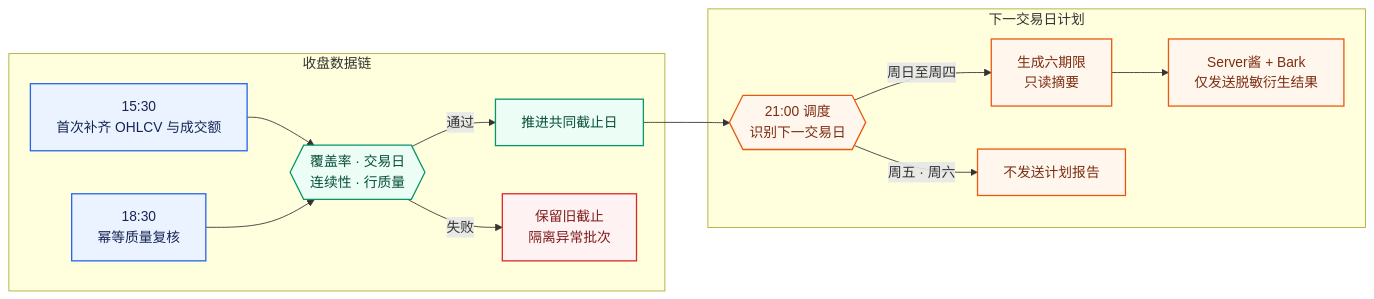
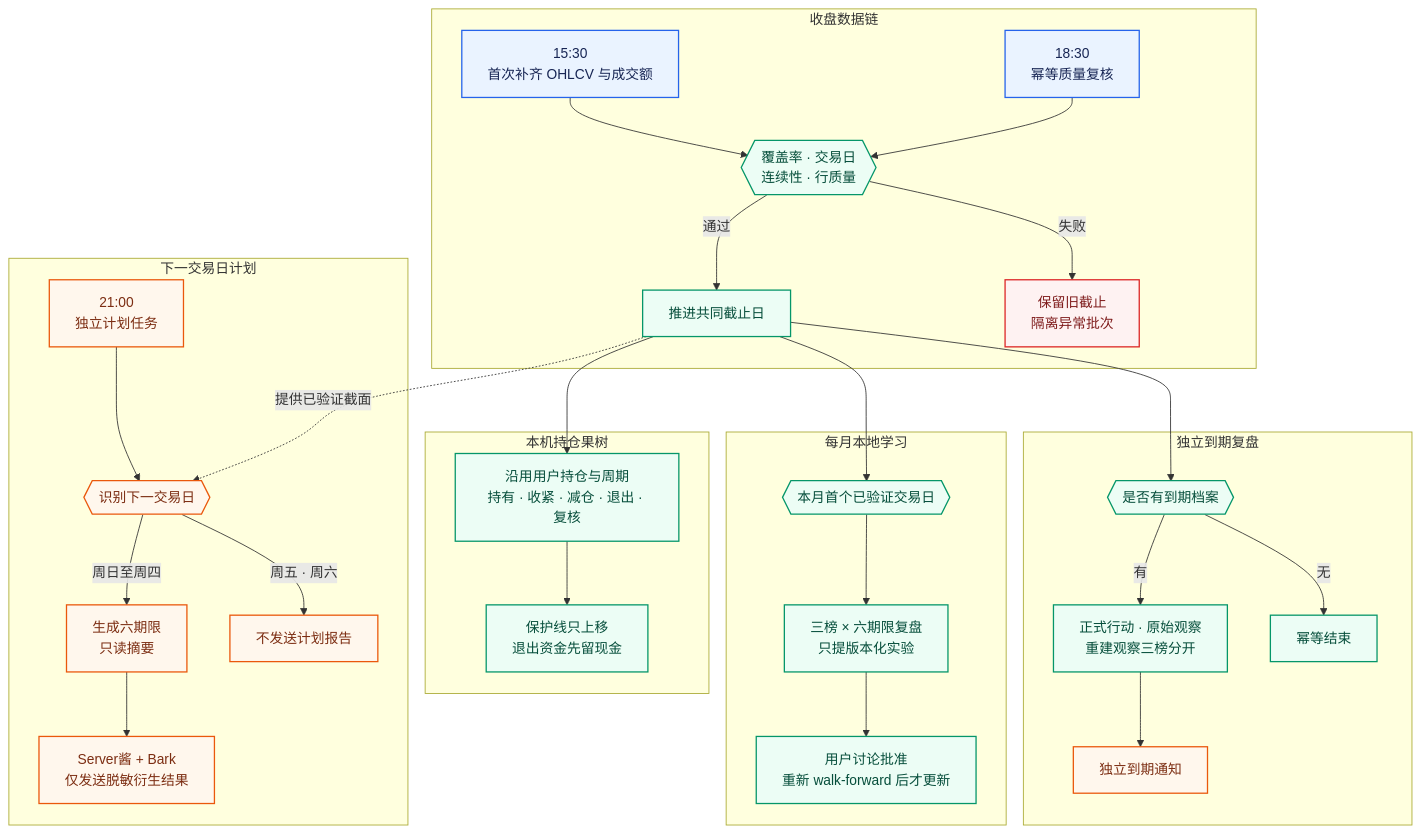
One commit to zerongwong/a-share-lab changed the third of 3 diagrams in README.md. Above: the diagram before and after it, drawn with Mermaid. The commit also changed other lines of this file and 93 other files, not shown here.

Commit message:
feat: automate holding review and private chart reports

````diff
--- a/README.md
+++ b/README.md
@@ -177,25 +194,44 @@
 ```mermaid
-flowchart LR
+flowchart TB
     subgraph CLOSE["收盘数据链"]
         A["15:30<br/>首次补齐 OHLCV 与成交额"] --> C{{"覆盖率 · 交易日<br/>连续性 · 行质量"}}
         B["18:30<br/>幂等质量复核"] --> C
         C -->|通过| D["推进共同截止日"]
         C -->|失败| Q["保留旧截止<br/>隔离异常批次"]
     end
 
+    subgraph REVIEW["独立到期复盘"]
+        D --> P{{"是否有到期档案"}}
+        P -->|有| R["正式行动 · 原始观察<br/>重建观察三榜分开"]
+        R --> N["独立到期通知"]
+        P -->|无| I["幂等结束"]
+    end
+
+    subgraph HOLDING["本机持仓果树"]
+        D --> H["沿用用户持仓与周期<br/>持有 · 收紧 · 减仓 · 退出 · 复核"]
+        H --> X["保护线只上移<br/>退出资金先留现金"]
+    end
+
+    subgraph MONTHLY["每月本地学习"]
+        D --> M{{"本月首个已验证交易日"}}
+        M --> V["三榜 × 六期限复盘<br/>只提版本化实验"]
+        V --> U["用户讨论批准<br/>重新 walk-forward 后才更新"]
+    end
+
     subgraph REPORT["下一交易日计划"]
-        D --> W{{"21:00 调度<br/>识别下一交易日"}}
+        T["21:00<br/>独立计划任务"] --> W{{"识别下一交易日"}}
+        D -.->|提供已验证截面| W
         W -->|周日至周四| E["生成六期限<br/>只读摘要"]
         E --> F["Server酱 + Bark<br/>仅发送脱敏衍生结果"]
         W -->|周五 · 周六| G["不发送计划报告"]
     end
 
     classDef sync fill:#EAF3FF,stroke:#2563EB,color:#172554,stroke-width:1.5px;
     classDef verify fill:#ECFDF5,stroke:#059669,color:#064E3B,stroke-width:1.5px;
     classDef warn fill:#FEF2F2,stroke:#DC2626,color:#7F1D1D,stroke-width:1.5px;
     classDef notify fill:#FFF7ED,stroke:#EA580C,color:#7C2D12,stroke-width:1.5px;
     class A,B sync;
-    class C,D verify;
+    class C,D,P,R,I,H,X,M,V,U verify;
     class Q warn;
-    class W,E,F,G notify;
+    class N,T,W,E,F,G notify;
 ```
````
